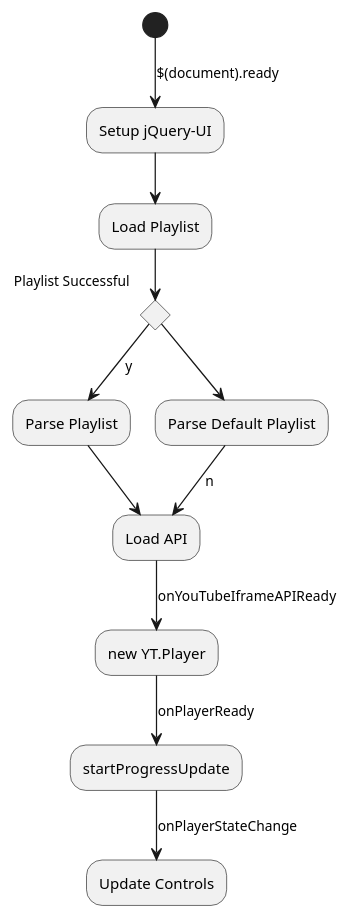
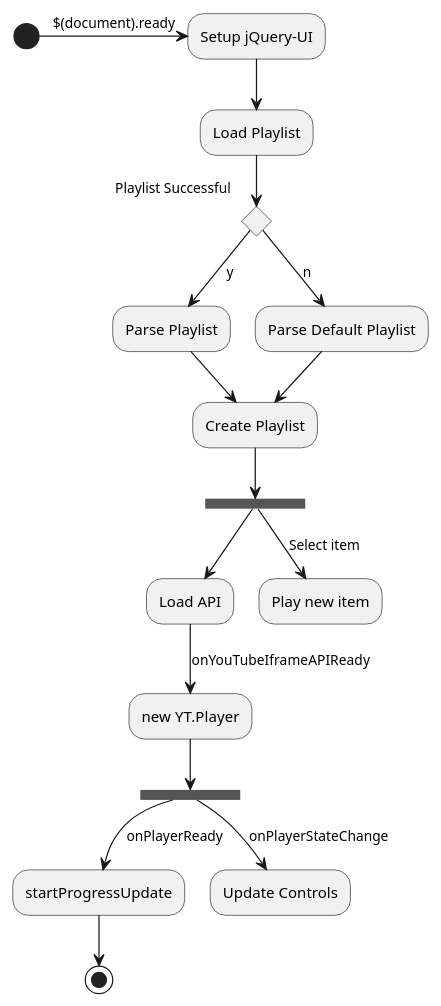
One commit to dereksz/yt changed the diagram in activity.puml. Above: the diagram before and after it, drawn with PlantUML. The commit also changed 3 other files, not shown here.

```diff
--- a/activity.puml
+++ b/activity.puml
@@ -1,12 +1,17 @@
-(*) -->[$(document).ready] "Setup jQuery-UI"
+(*) ->[$(document).ready] "Setup jQuery-UI"
 --> "Load Playlist"
-if "Playlist Successful" then
+--> if "Playlist Successful" then
   -->[y] "Parse Playlist"
-  --> "Load API"
+  --> "Create Playlist"
 else
-  --> "Parse Default Playlist"
-  -->[n] "Load API"
+  -->[n] "Parse Default Playlist"
+  --> "Create Playlist"
 endif 
+"Create Playlist" --> ===B2===
+--> "Load API"
 "Load API" -->[onYouTubeIframeAPIReady] "new YT.Player"
+--> ===B1===
 -->[onPlayerReady] startProgressUpdate
--->[onPlayerStateChange] "Update Controls"
+--> (*)
+===B1=== -->[onPlayerStateChange] "Update Controls"
+===B2=== -->[Select item] "Play new item"
```
